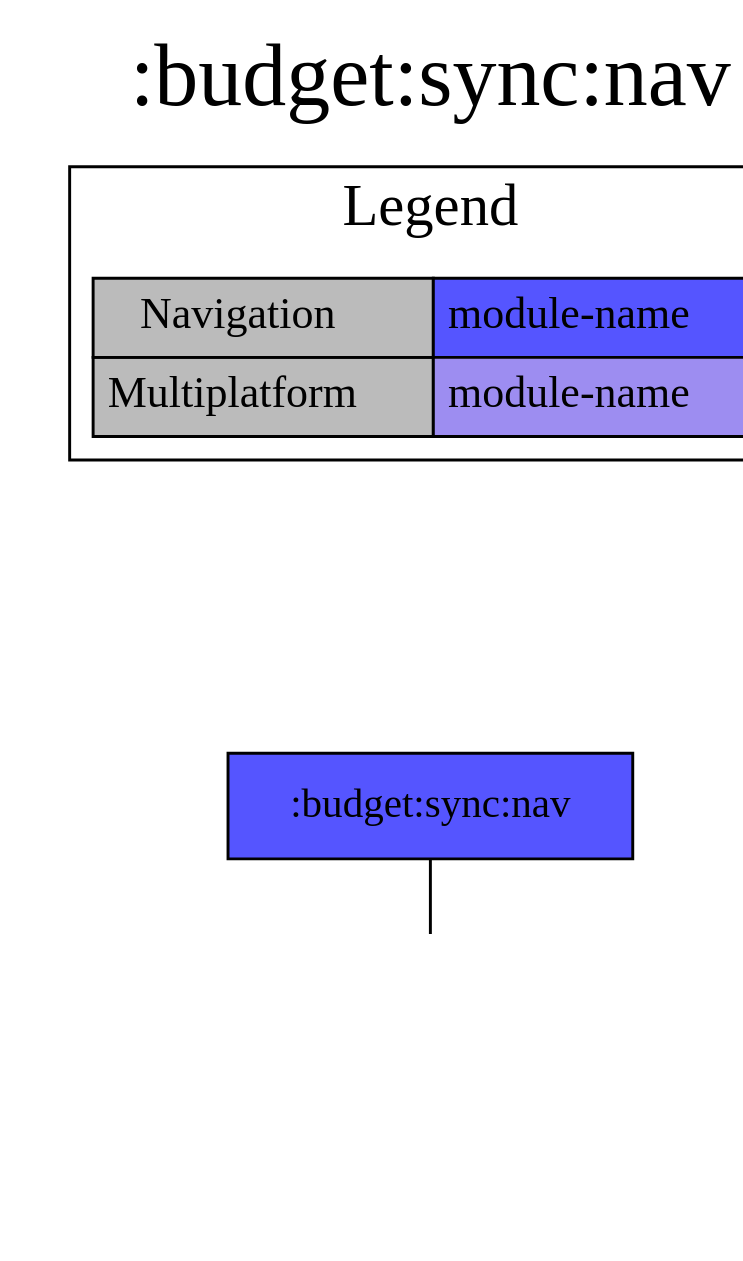
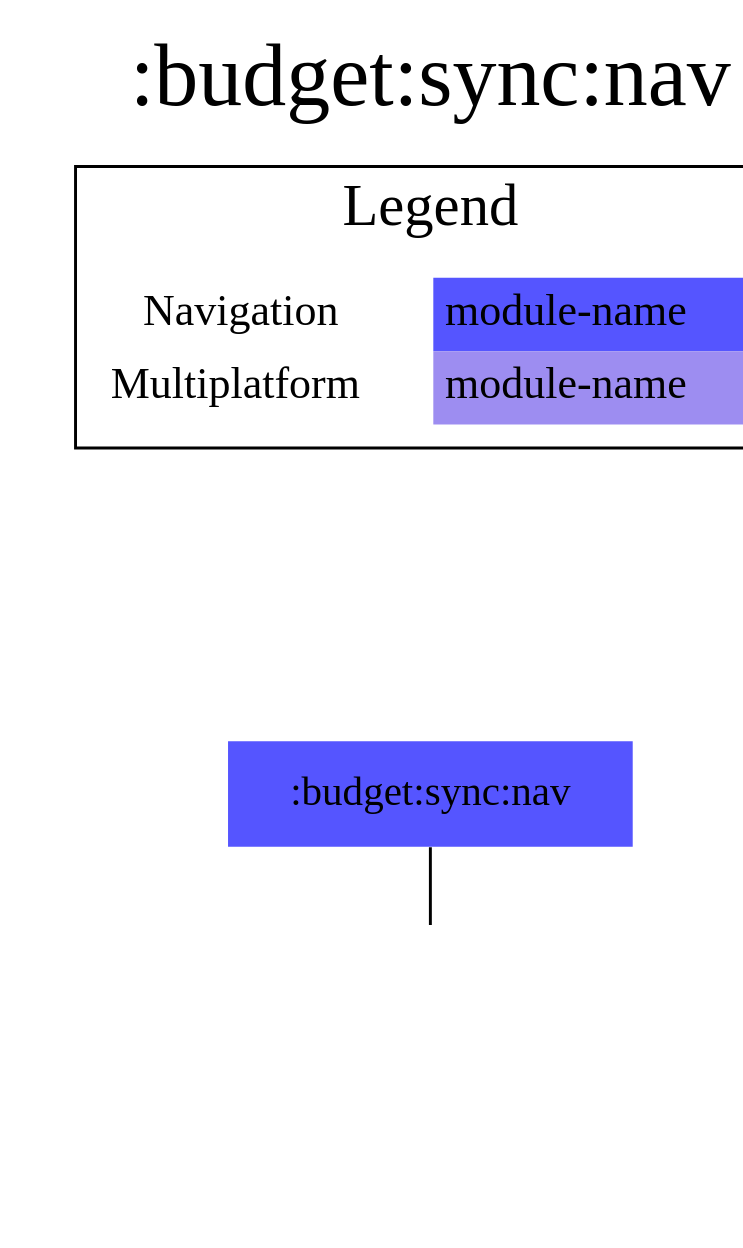
The diagram in modules/budget/sync/nav/project-dependency-graph.dot (jonapoul/aktual), drawn with Graphviz before and after one commit. The commit also changed 62 other files, not shown here.

Commit message:
Reworked diagrams plugin a bit

```diff
--- a/modules/budget/sync/nav/project-dependency-graph.dot
+++ b/modules/budget/sync/nav/project-dependency-graph.dot
@@ -1,22 +1,22 @@
 digraph {
 edge ["dir"="forward"]
 graph ["dpi"="100","label"=":budget:sync:nav","labelloc"="t","fontsize"="30","ranksep"="1.5","rankdir"="TB"]
 node ["style"="filled"]
-":account:model" ["fillcolor"="#9D8DF1","shape"="box"]
-":budget:sync:nav" ["fillcolor"="#5555FF","shape"="box"]
+":budget:sync:nav" ["fillcolor"="#5555FF","shape"="none"]
+":account:model" ["fillcolor"="#9D8DF1","shape"="none"]
 {
 edge ["dir"="none"]
 graph ["rank"="same"]
 }
 ":budget:sync:nav" -> ":account:model"
 subgraph "cluster_legend" {
 edge ["dir"="none"]
 graph ["label"="Legend","fontsize"="20"]
-"Legend" ["style"="filled","fillcolor"="#bbbbbb","shape"="none","margin"="0","fontsize"="15","label"=<
-<TABLE BORDER="0" CELLBORDER="1" CELLSPACING="0" CELLPADDING="4">
+"Legend" ["style"="filled","fillcolor"="#FFFFFF","shape"="none","margin"="0","fontsize"="15","label"=<
+<TABLE BORDER="0" CELLBORDER="0" CELLSPACING="0" CELLPADDING="4">
 <TR><TD>Navigation</TD><TD BGCOLOR="#5555FF">module-name</TD></TR>
 <TR><TD>Multiplatform</TD><TD BGCOLOR="#9D8DF1">module-name</TD></TR>
 </TABLE>
 >]
 } -> ":budget:sync:nav" ["style"="invis"]
 }
```
